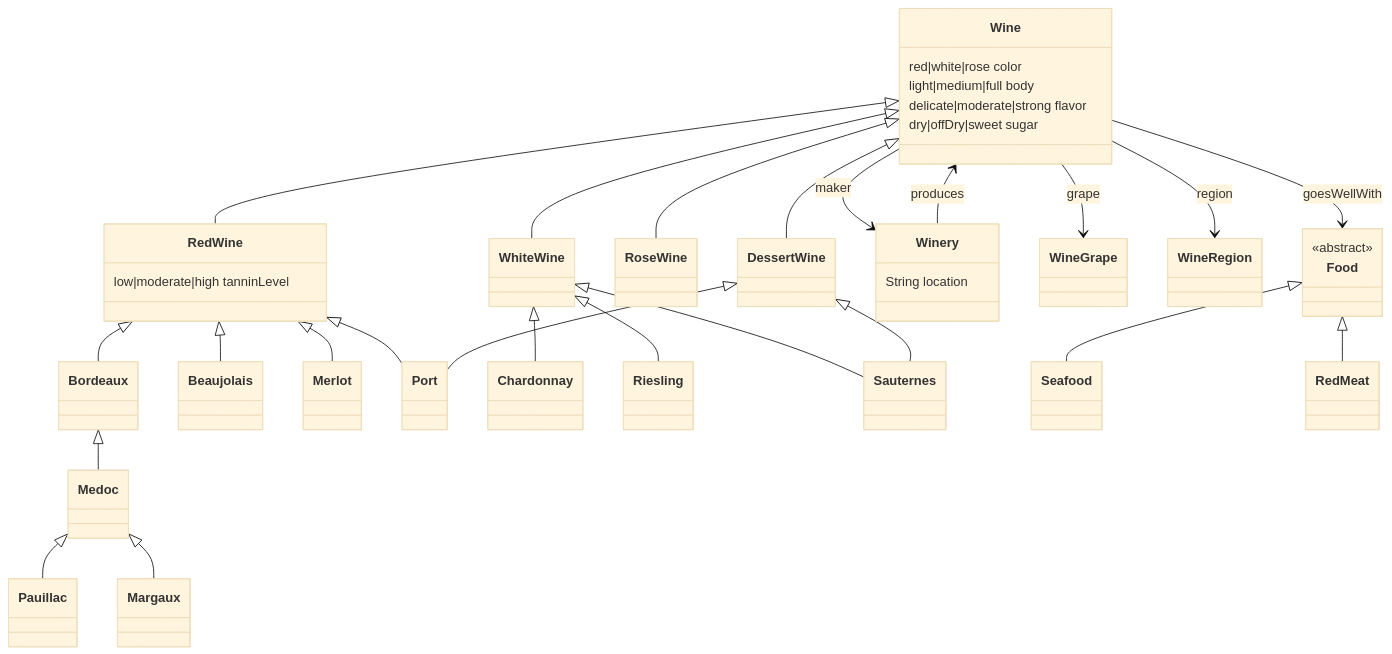
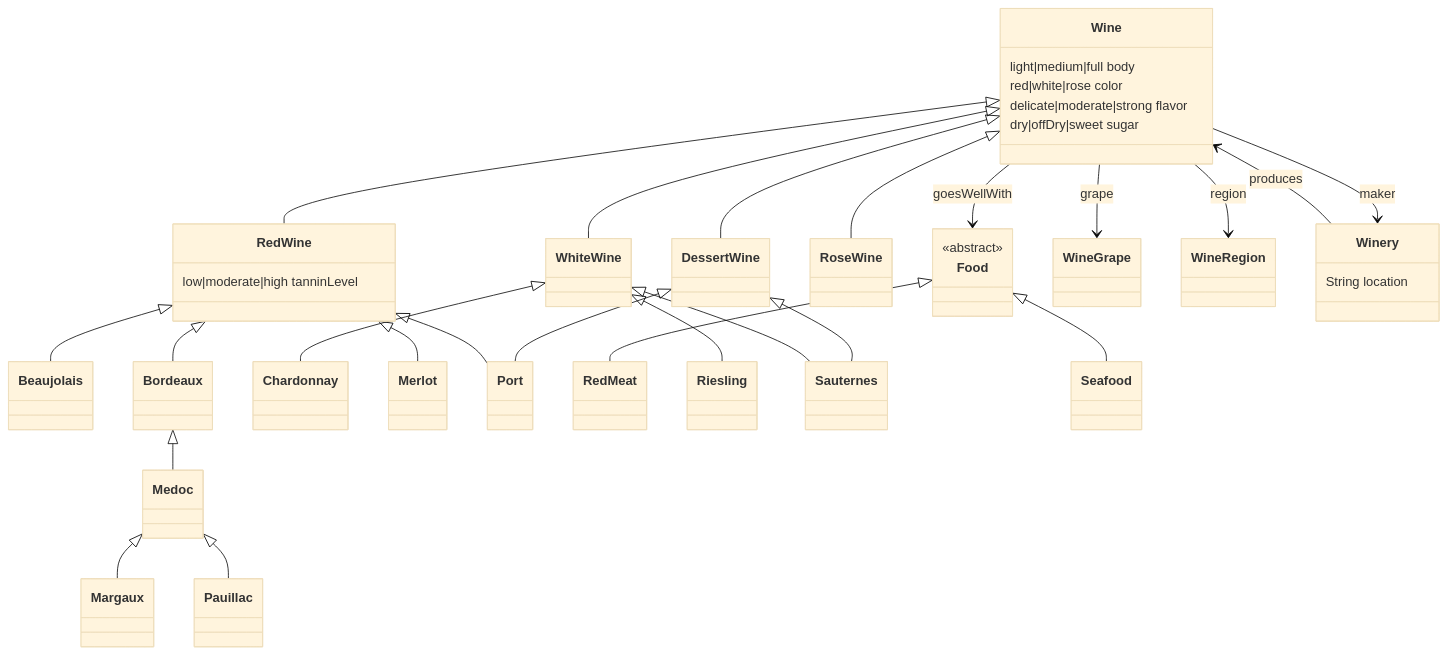
One commit to alanbsmith/ontology-kit changed the diagram in packages/okb/examples/wine/diagram.md. Above: the diagram before and after it, drawn with Mermaid (base theme). The commit also changed other lines of this file and 71 other files, not shown here.

````diff
--- a/packages/okb/examples/wine/diagram.md
+++ b/packages/okb/examples/wine/diagram.md
@@ -1,77 +1,77 @@
 ```mermaid
 classDiagram
   accTitle: Wine and Food classes
   accDescr: Class diagram of the Wine and Food ontology: 21 classes, arrows from each class to its parent, and 5 relationships between classes.
-  class Wine {
-    red|white|rose color
-    light|medium|full body
-    delicate|moderate|strong flavor
-    dry|offDry|sweet sugar
+  class Beaujolais {
+  }
+  class Bordeaux {
+  }
+  class Chardonnay {
+  }
+  class DessertWine {
+  }
+  class Food {
+    <<abstract>>
+  }
+  class Margaux {
+  }
+  class Medoc {
+  }
+  class Merlot {
+  }
+  class Pauillac {
+  }
+  class Port {
+  }
+  class RedMeat {
   }
   class RedWine {
     low|moderate|high tanninLevel
   }
-  class WhiteWine {
+  class Riesling {
   }
   class RoseWine {
   }
-  class DessertWine {
-  }
-  class Bordeaux {
-  }
-  class Medoc {
-  }
-  class Pauillac {
-  }
-  class Margaux {
-  }
-  class Beaujolais {
-  }
-  class Merlot {
-  }
-  class Port {
-  }
-  class Chardonnay {
-  }
-  class Riesling {
-  }
   class Sauternes {
   }
-  class Winery {
-    String location
+  class Seafood {
+  }
+  class WhiteWine {
+  }
+  class Wine {
+    light|medium|full body
+    red|white|rose color
+    delicate|moderate|strong flavor
+    dry|offDry|sweet sugar
   }
   class WineGrape {
   }
   class WineRegion {
   }
-  class Food {
-    <<abstract>>
+  class Winery {
+    String location
   }
-  class Seafood {
-  }
-  class RedMeat {
-  }
+  RedWine <|-- Beaujolais
+  RedWine <|-- Bordeaux
+  WhiteWine <|-- Chardonnay
+  Wine <|-- DessertWine
+  Medoc <|-- Margaux
+  Bordeaux <|-- Medoc
+  RedWine <|-- Merlot
+  Medoc <|-- Pauillac
+  DessertWine <|-- Port
+  RedWine <|-- Port
+  Food <|-- RedMeat
   Wine <|-- RedWine
+  WhiteWine <|-- Riesling
+  Wine <|-- RoseWine
+  DessertWine <|-- Sauternes
+  WhiteWine <|-- Sauternes
+  Food <|-- Seafood
   Wine <|-- WhiteWine
-  Wine <|-- RoseWine
-  Wine <|-- DessertWine
-  RedWine <|-- Bordeaux
-  Bordeaux <|-- Medoc
-  Medoc <|-- Pauillac
-  Medoc <|-- Margaux
-  RedWine <|-- Beaujolais
-  RedWine <|-- Merlot
-  RedWine <|-- Port
-  DessertWine <|-- Port
-  WhiteWine <|-- Chardonnay
-  WhiteWine <|-- Riesling
-  WhiteWine <|-- Sauternes
-  DessertWine <|-- Sauternes
-  Food <|-- Seafood
-  Food <|-- RedMeat
+  Wine --> Food : goesWellWith
+  Wine --> WineGrape : grape
   Wine --> Winery : maker
   Winery --> Wine : produces
-  Wine --> WineGrape : grape
   Wine --> WineRegion : region
-  Wine --> Food : goesWellWith
 ```
````
